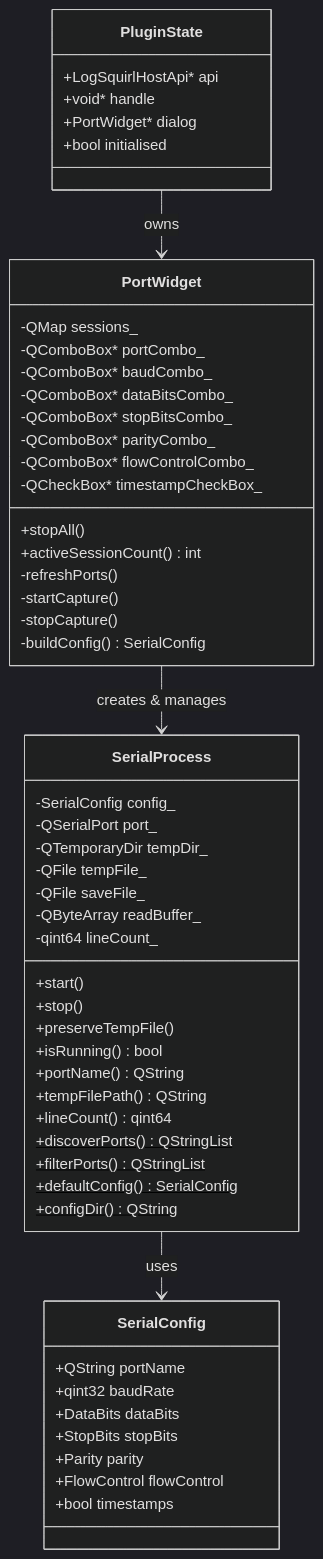
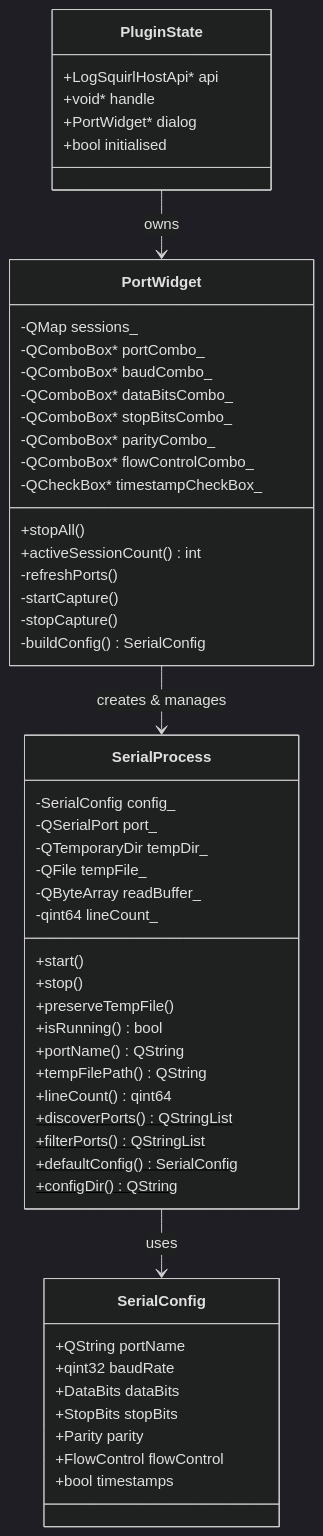
Before and after one commit to 64x-lunicorn/LogSquirl-Serial: the second of 2 diagrams in docs/DEVELOPER_GUIDE.md, drawn with Mermaid (dark theme). The commit also changed 27 other files, not shown here.

````diff
--- a/docs/DEVELOPER_GUIDE.md
+++ b/docs/DEVELOPER_GUIDE.md
@@ -61,61 +61,60 @@
 ```mermaid
 classDiagram
     class PluginState {
         +LogSquirlHostApi* api
         +void* handle
         +PortWidget* dialog
         +bool initialised
     }
 
     class SerialConfig {
         +QString portName
         +qint32 baudRate
         +DataBits dataBits
         +StopBits stopBits
         +Parity parity
         +FlowControl flowControl
         +bool timestamps
     }
 
     class SerialProcess {
         -SerialConfig config_
         -QSerialPort port_
         -QTemporaryDir tempDir_
         -QFile tempFile_
-        -QFile saveFile_
         -QByteArray readBuffer_
         -qint64 lineCount_
         +start()
         +stop()
         +preserveTempFile()
         +isRunning() bool
         +portName() QString
         +tempFilePath() QString
         +lineCount() qint64
         +discoverPorts()$ QStringList
         +filterPorts()$ QStringList
         +defaultConfig()$ SerialConfig
         +configDir()$ QString
     }
 
     class PortWidget {
         -QMap sessions_
         -QComboBox* portCombo_
         -QComboBox* baudCombo_
         -QComboBox* dataBitsCombo_
         -QComboBox* stopBitsCombo_
         -QComboBox* parityCombo_
         -QComboBox* flowControlCombo_
         -QCheckBox* timestampCheckBox_
         +stopAll()
         +activeSessionCount() int
         -refreshPorts()
         -startCapture()
         -stopCapture()
         -buildConfig() SerialConfig
     }
 
     PortWidget --> SerialProcess : creates & manages
     SerialProcess --> SerialConfig : uses
     PluginState --> PortWidget : owns
 ```
````
